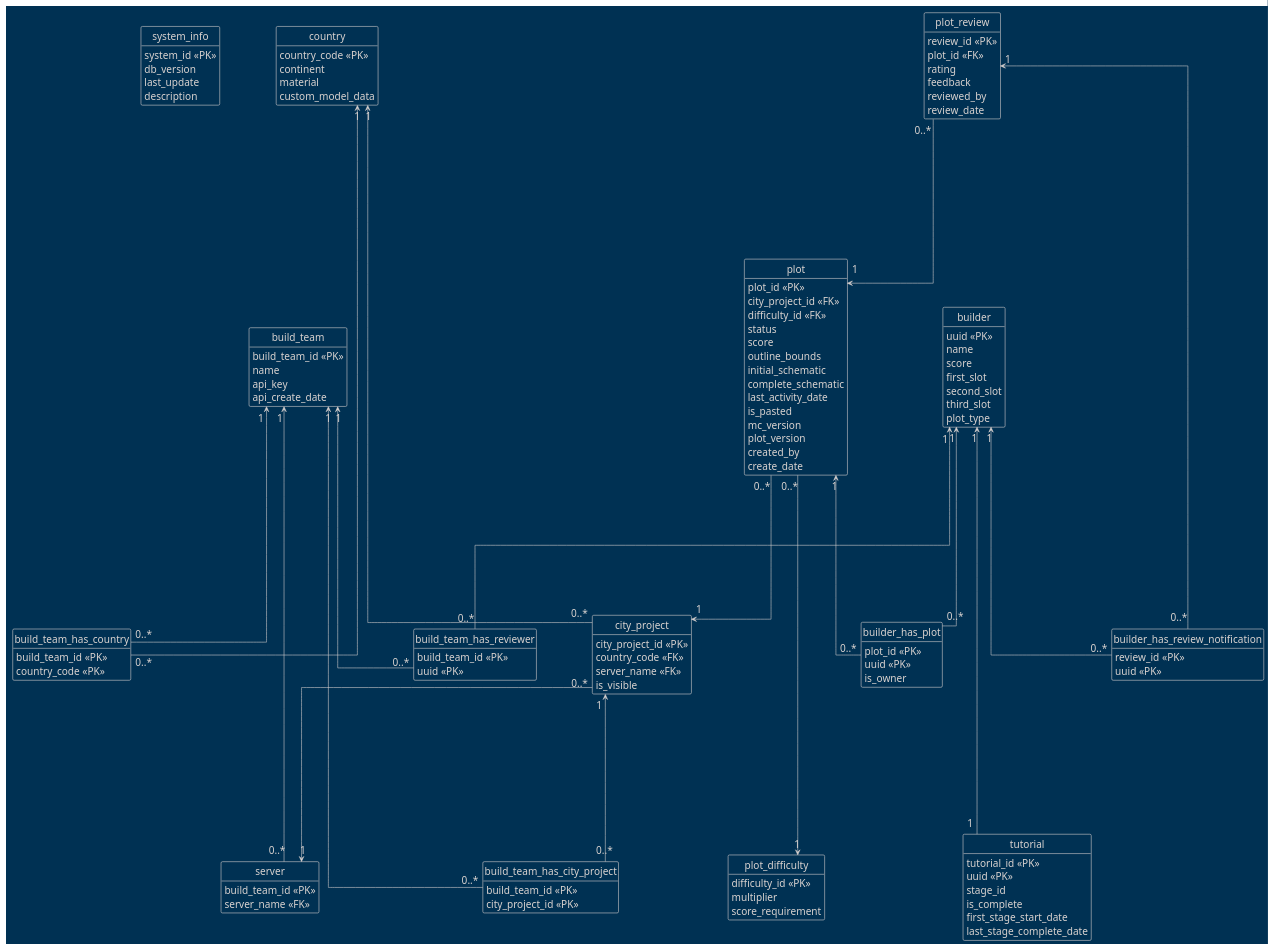
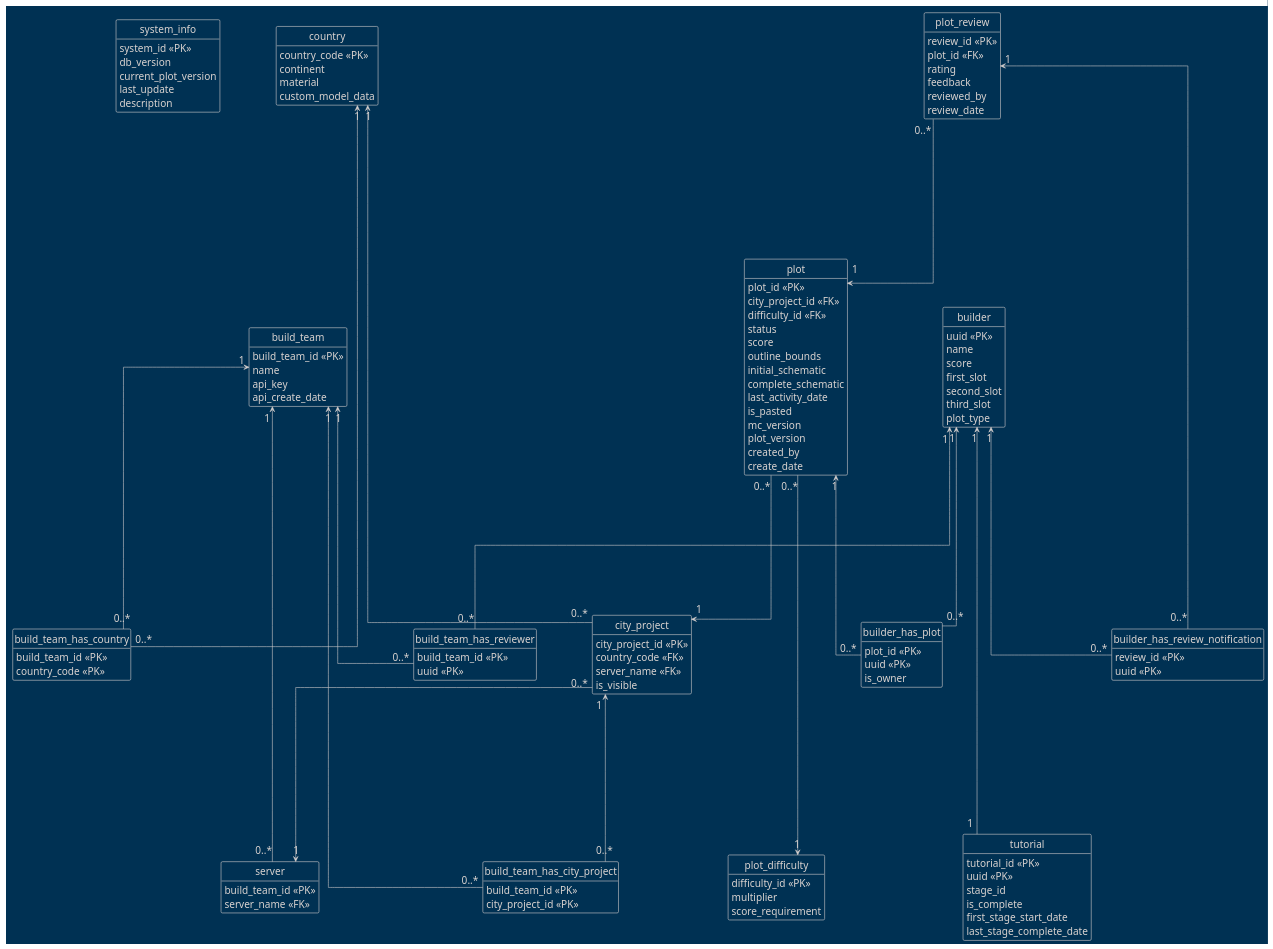
The diagram in logical-db.puml (AlpsBTE/Plot-System-DB), drawn with PlantUML before and after one commit. The commit also changed 5 other files, not shown here.

Commit message:
add current_plot_version attribute to system_info

```diff
--- a/logical-db.puml
+++ b/logical-db.puml
@@ -1,144 +1,145 @@
 @startuml
 skinparam nodesep 100
 skinparam ranksep 250
 skinparam defaultFontSize 18
 
 skinparam linetype ortho
 
 hide circle
 hide empty members
 !theme blueprint
 
 entity system_info {
     system_id <<PK>>
     db_version
+    current_plot_version
     last_update
     description
 }
 
 entity build_team {
     build_team_id <<PK>>
     name
     api_key
     api_create_date
 }
 
 entity server {
     build_team_id <<PK>>
     server_name <<FK>>
 }
 
 entity country {
     country_code <<PK>>
     continent
     material
     custom_model_data
 }
 
 entity city_project {
     city_project_id <<PK>>
     country_code <<FK>>
     server_name <<FK>>
     is_visible
 }
 
 entity builder {
     uuid <<PK>>
     name
     score
     first_slot
     second_slot
     third_slot
     plot_type
 }
 
 entity plot_difficulty {
     difficulty_id <<PK>>
     multiplier
     score_requirement
 }
 
 entity plot {
     plot_id <<PK>>
     city_project_id <<FK>>
     difficulty_id <<FK>>
     status
     score
     outline_bounds
     initial_schematic
     complete_schematic
     last_activity_date
     is_pasted
     mc_version
     plot_version
     created_by
     create_date
 }
 
 entity tutorial {
     tutorial_id <<PK>>
     uuid <<PK>>
     stage_id
     is_complete
     first_stage_start_date
     last_stage_complete_date
 }
 
 entity plot_review {
     review_id <<PK>>
     plot_id <<FK>>
     rating
     feedback
     reviewed_by
     review_date
 }
 
 entity build_team_has_country {
     build_team_id <<PK>>
     country_code <<PK>>
 }
 
 entity build_team_has_city_project {
     build_team_id <<PK>>
     city_project_id <<PK>>
 }
 
 entity build_team_has_reviewer {
     build_team_id <<PK>>
     uuid <<PK>>
 }
 
 entity builder_has_review_notification {
     review_id <<PK>>
     uuid <<PK>>
 }
 
 entity builder_has_plot {
     plot_id <<PK>>
     uuid <<PK>>
     is_owner
 }
 
 build_team "1" <-- "0..*" build_team_has_city_project
 build_team "1" <-- "0..*" build_team_has_country
 build_team "1" <-- "0..*" build_team_has_reviewer
 build_team "1" <-- "0..*" server
 
 country "1" <--- "0..*" city_project
 country "1" <--- "0..*" build_team_has_country
 
 city_project "1" <-- "0..*" build_team_has_city_project
 city_project "0..*" --> "1" server
 
 plot_review "1" <-- "0..*" builder_has_review_notification
 plot_review "0..*" --> "1" plot
 
 builder "1" <-- "0..*" build_team_has_reviewer
 builder "1" <--- "1" tutorial
 builder "1" <-- "0..*" builder_has_review_notification
 builder "1" <-- "0..*" builder_has_plot
 
 plot "0..*" --> "1" city_project
 plot "0..*" ---> "1" plot_difficulty
 plot "1" <-- "0..*" builder_has_plot
 @enduml
```
